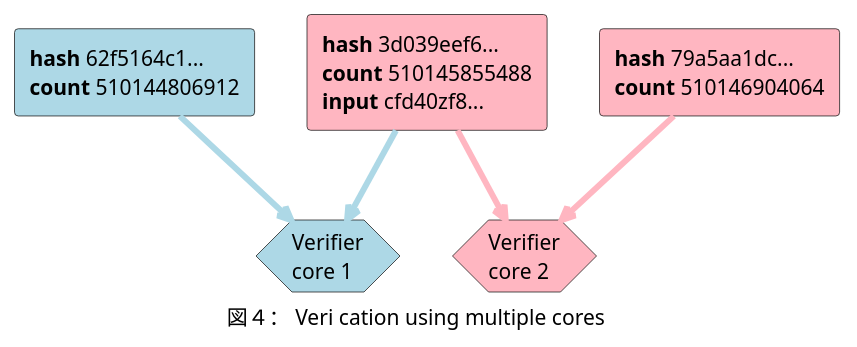
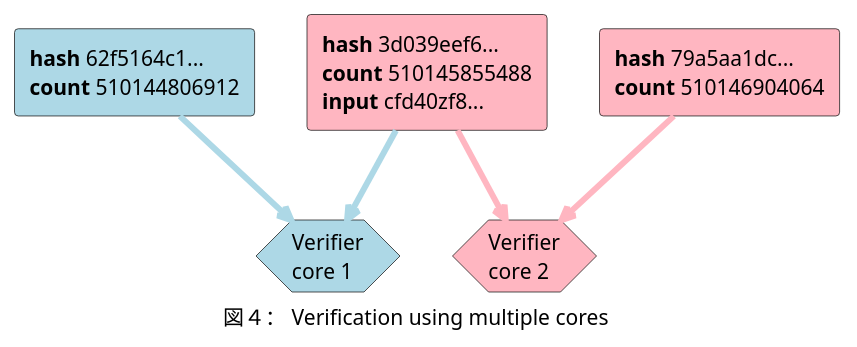
Before and after one commit to natosepia/solana_book: the tenth of 21 diagrams in solana_whitepaper_jp.md, drawn with PlantUML. The commit also changed other lines of this file and 1 other file, not shown here.

````diff
--- a/solana_whitepaper_jp.md
+++ b/solana_whitepaper_jp.md
@@ -376,28 +393,28 @@
 ```plantuml
 @startuml
-caption "図４： Veri cation using multiple cores"
+caption "図４： Verification using multiple cores"
 'Node
 hexagon "Verifier\ncore 1" as V1 #LightBlue
 hexagon "Verifier\ncore 2" as V2 #LightPink
 
 rectangle "\
 <b>hash</b> 62f5164c1...\n\
 <b>count</b> 510144806912" as Tx1 #LightBlue
 
 rectangle "\
 <b>hash</b> 3d039eef6...\n\
 <b>count</b> 510145855488\n\
 <b>input</b> cfd40zf8..." as Tx2 #LightPink
 
 rectangle "\
 <b>hash</b> 79a5aa1dc...\n\
 <b>count</b> 510146904064" as Tx3 #LightPink
 
 Tx1 -[thickness=4]-> V1 #LightBlue
 Tx2 -[thickness=4]-> V1 #LightBlue
 Tx2 -[thickness=4]-> V2 #LightPink
 Tx3 -[thickness=4]-> V2 #LightPink
 V1 -right[hidden]-> V2
 
 @enduml
 ```
````
